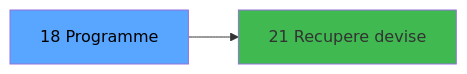
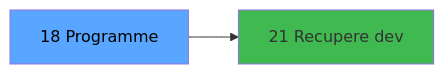
One commit to thonyAGP/magic-migration changed the third of 3 diagrams in .openspec/specs/ADH-IDE-18.md. Above: the diagram before and after it, drawn with Mermaid. The commit also changed other lines of this file and 323 other files, not shown here.

````diff
--- a/.openspec/specs/ADH-IDE-18.md
+++ b/.openspec/specs/ADH-IDE-18.md
@@ -116,8 +129,8 @@
 ```mermaid
 graph LR
     T[18 Programme]
-    C21[21 Recupere devise]
+    C21[21 Recupere dev]
     T --> C21
     style T fill:#58a6ff,color:#000
     style C21 fill:#3fb950
 ```
````
